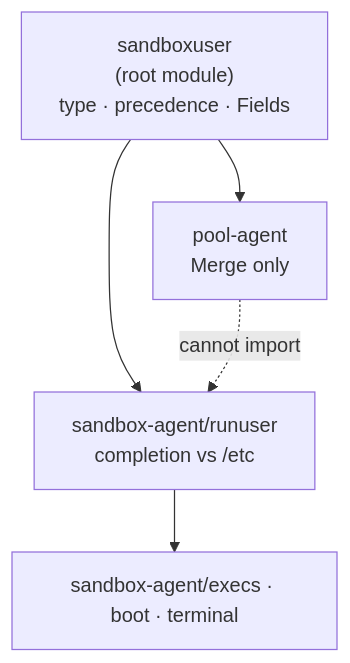
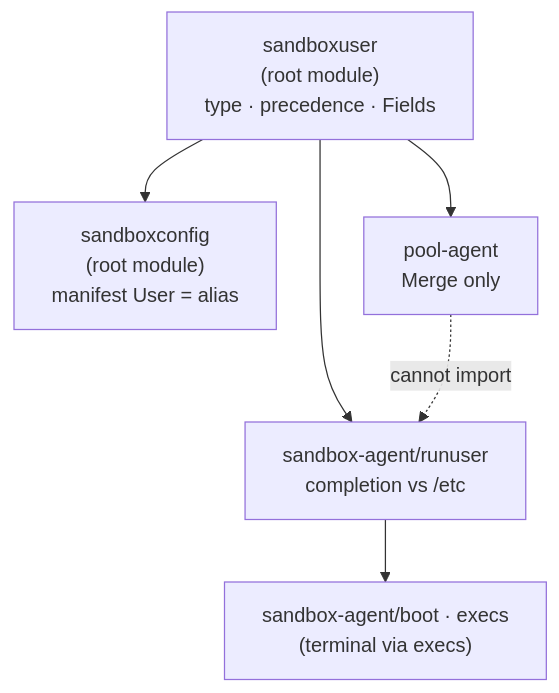
The diagram in sandboxuser/DESIGN.md (discobox-ai/discobox), drawn with Mermaid before and after one commit. The commit also changed other lines of this file and 37 other files, not shown here.

````diff
--- a/sandboxuser/DESIGN.md
+++ b/sandboxuser/DESIGN.md
@@ -22,11 +22,13 @@
 ```mermaid
 graph TD
     SU["sandboxuser<br/>(root module)<br/>type · precedence · Fields"]
+    SC["sandboxconfig<br/>(root module)<br/>manifest User = alias"]
     RU["sandbox-agent/runuser<br/>completion vs /etc"]
     PA["pool-agent<br/>Merge only"]
-    EX["sandbox-agent/execs · boot · terminal"]
+    EX["sandbox-agent/boot · execs<br/>(terminal via execs)"]
+    SU --> SC
     SU --> RU
     SU --> PA
     RU --> EX
     PA -. "cannot import" .-> RU
 ```
````
